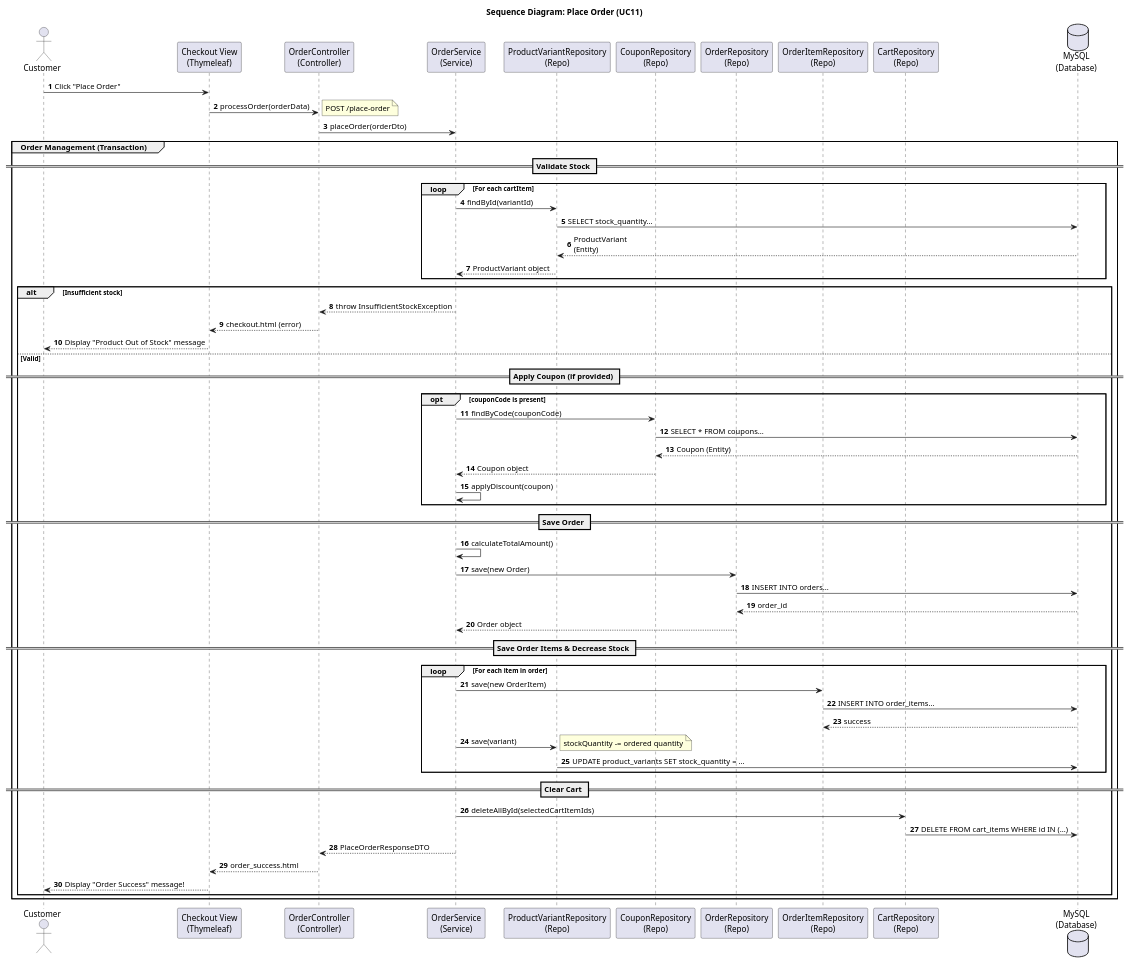
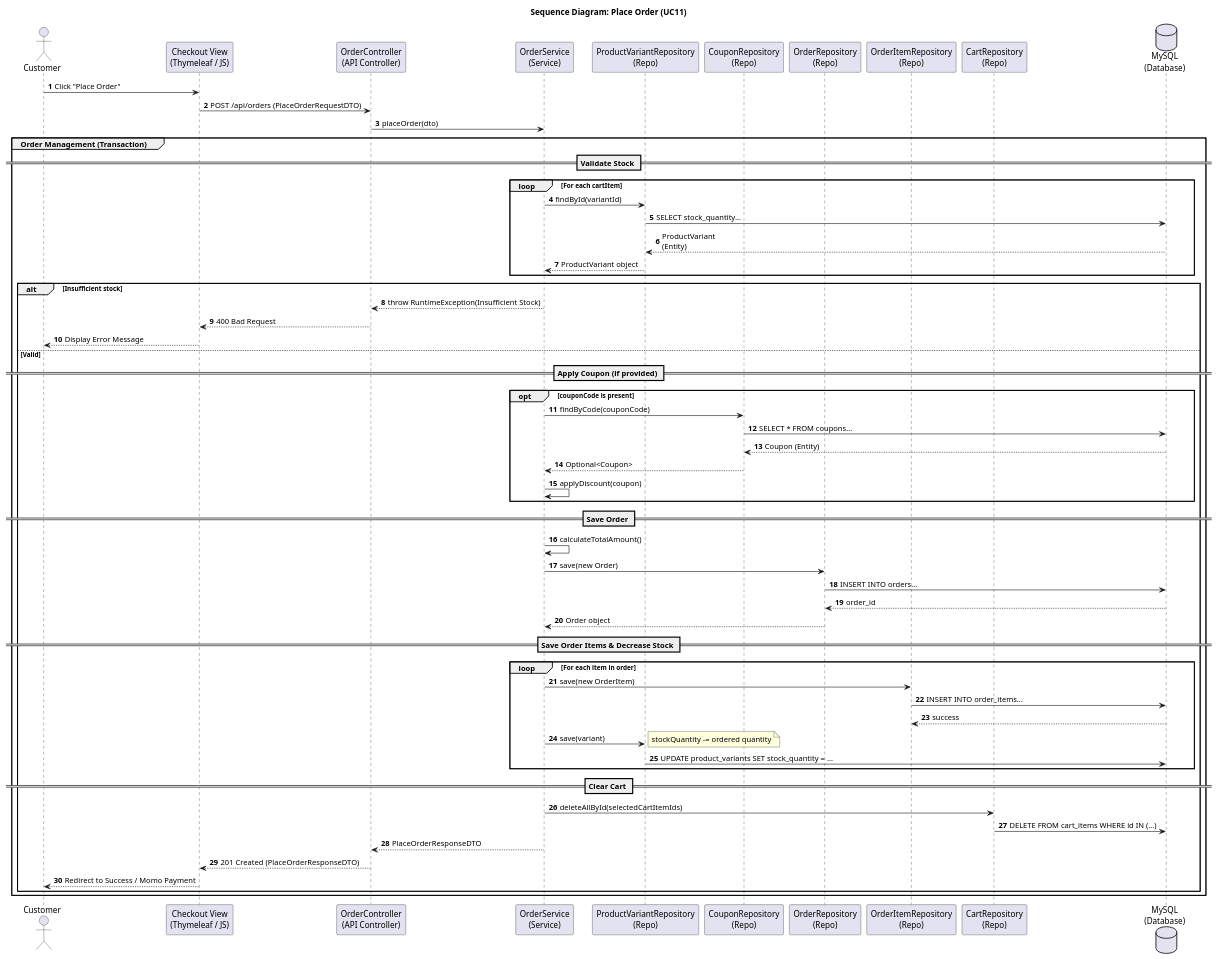
Before and after one commit to Peterdir/fashion-store-system: the diagram in src/main/java/org/example/fashionstoresystem/uml/Sequence/SD11_PlaceOrder.puml, drawn with PlantUML. The commit also changed 31 other files, not shown here.

Commit message:
Update uml

```diff
--- a/src/main/java/org/example/fashionstoresystem/uml/Sequence/SD11_PlaceOrder.puml
+++ b/src/main/java/org/example/fashionstoresystem/uml/Sequence/SD11_PlaceOrder.puml
@@ -1,71 +1,70 @@
 @startuml
 title Sequence Diagram: Place Order (UC11)
 
 autonumber
 actor Customer
-participant "Checkout View\n(Thymeleaf)" as View
-participant "OrderController\n(Controller)" as Controller
+participant "Checkout View\n(Thymeleaf / JS)" as View
+participant "OrderController\n(API Controller)" as Controller
 participant "OrderService\n(Service)" as Service
 participant "ProductVariantRepository\n(Repo)" as VariantRepo
 participant "CouponRepository\n(Repo)" as CouponRepo
 participant "OrderRepository\n(Repo)" as OrderRepo
 participant "OrderItemRepository\n(Repo)" as ItemRepo
 participant "CartRepository\n(Repo)" as CartRepo
 database "MySQL\n(Database)" as DB
 
 Customer -> View : Click "Place Order"
-View -> Controller : processOrder(orderData)
-note right: POST /place-order
-Controller -> Service : placeOrder(orderDto)
+View -> Controller : POST /api/orders (PlaceOrderRequestDTO)
+Controller -> Service : placeOrder(dto)
 
 group Order Management (Transaction)
     == Validate Stock ==
     loop For each cartItem
         Service -> VariantRepo : findById(variantId)
         VariantRepo -> DB : SELECT stock_quantity...
         DB --> VariantRepo : ProductVariant\n(Entity)
         VariantRepo --> Service : ProductVariant object
     end
 
     alt Insufficient stock
-        Service --> Controller : throw InsufficientStockException
-        Controller --> View : checkout.html (error)
-        View --> Customer : Display "Product Out of Stock" message
+        Service --> Controller : throw RuntimeException(Insufficient Stock)
+        Controller --> View : 400 Bad Request
+        View --> Customer : Display Error Message
     else Valid
         == Apply Coupon (if provided) ==
         opt couponCode is present
             Service -> CouponRepo : findByCode(couponCode)
             CouponRepo -> DB : SELECT * FROM coupons...
             DB --> CouponRepo : Coupon (Entity)
-            CouponRepo --> Service : Coupon object
+            CouponRepo --> Service : Optional<Coupon>
             Service -> Service : applyDiscount(coupon)
         end
 
         == Save Order ==
         Service -> Service : calculateTotalAmount()
         Service -> OrderRepo : save(new Order)
         OrderRepo -> DB : INSERT INTO orders...
         DB --> OrderRepo : order_id
         OrderRepo --> Service : Order object
 
         == Save Order Items & Decrease Stock ==
         loop For each item in order
             Service -> ItemRepo : save(new OrderItem)
             ItemRepo -> DB : INSERT INTO order_items...
             DB --> ItemRepo : success
 
             Service -> VariantRepo : save(variant)
             note right: stockQuantity -= ordered quantity
             VariantRepo -> DB : UPDATE product_variants SET stock_quantity = ...
         end
 
         == Clear Cart ==
         Service -> CartRepo : deleteAllById(selectedCartItemIds)
         CartRepo -> DB : DELETE FROM cart_items WHERE id IN (...)
 
         Service --> Controller : PlaceOrderResponseDTO
-        Controller --> View : order_success.html
-        View --> Customer : Display "Order Success" message!
+        Controller --> View : 201 Created (PlaceOrderResponseDTO)
+        View --> Customer : Redirect to Success / Momo Payment
     end
 end
 @enduml
```
